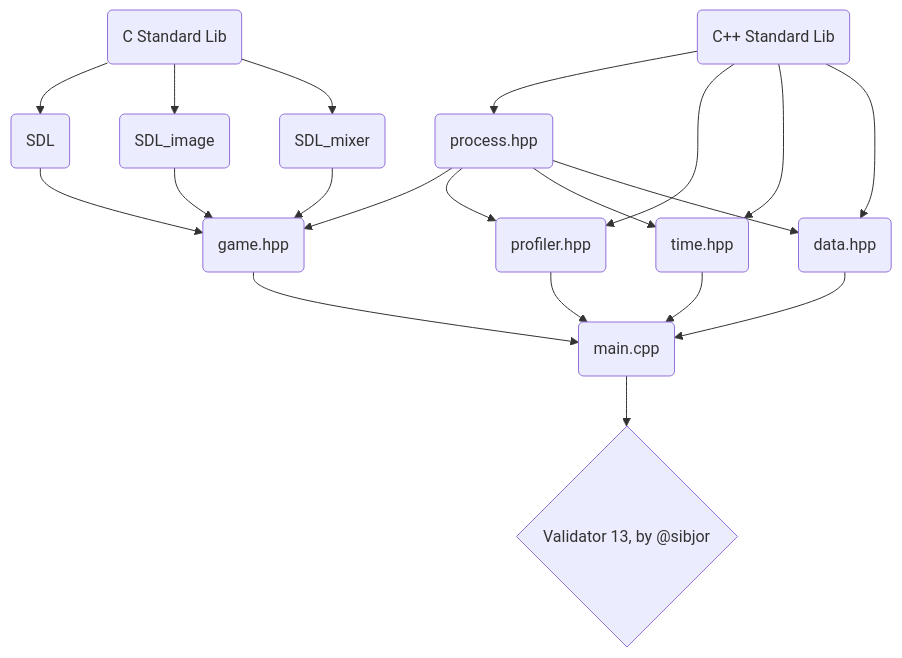
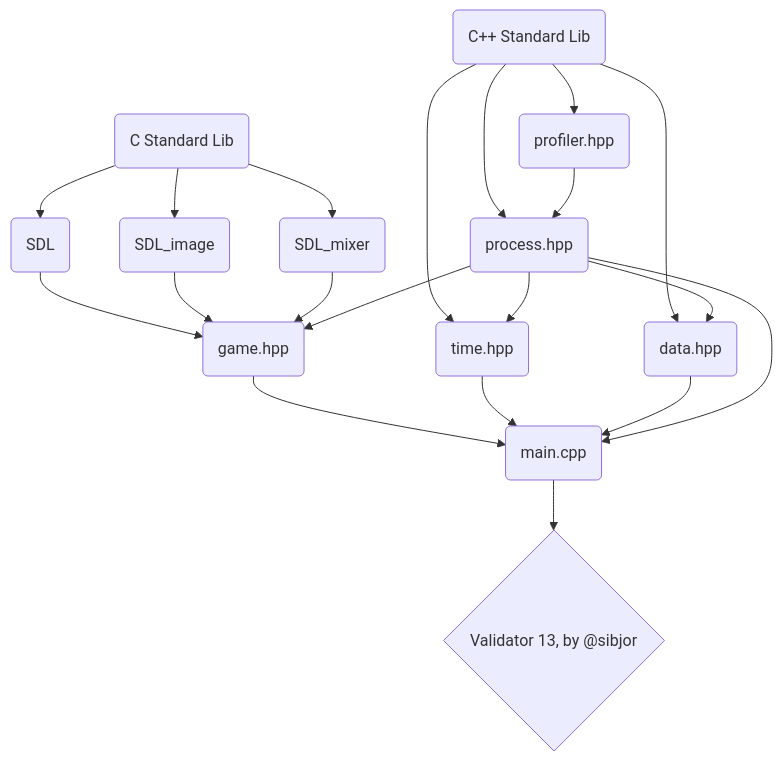
Before and after one commit to sibjor/ParkourRunner: the diagram in README.md, drawn with Mermaid. The commit also changed 2 other files, not shown here.

Commit message:
smartest so far

````diff
--- a/README.md
+++ b/README.md
@@ -11,29 +11,29 @@
 ```mermaid
 flowchart TD
     A(C Standard Lib)
     B(C++ Standard Lib)
     C(SDL)
     D(SDL_image)
     E(SDL_mixer)
     G(process.hpp)
-    H(profiler.hpp)
+    H(profiler.hpp) 
     I(time.hpp)
     J(data.hpp)
     K(game.hpp)
     L(main.cpp)
 
     A --> C --> K
     A --> D --> K
     A --> E --> K
 
     B --> G 
-    B --> H 
+    B --> H --> G
     B --> I 
     B --> J 
 
     G --> K --> L --> M{Validator 13, by @sibjor}
-    G --> H --> L 
     G --> I --> L 
     G --> J --> L
+    G --> L 
     
 ```
````
